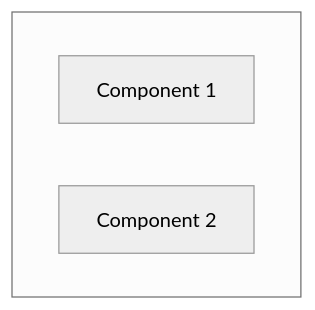
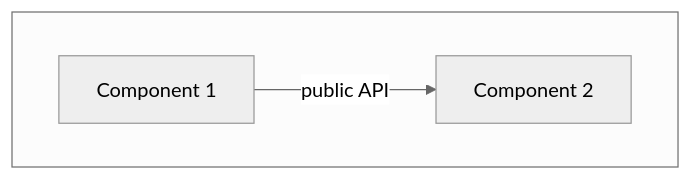
One commit to Snorre98/architectural-framework changed the third of 7 diagrams in templates/architecture.md. Above: the diagram before and after it, drawn with Mermaid (neutral theme). The commit also changed other lines of this file and 11 other files, not shown here.

Commit message:
adds deep-isolated modul architecture with private services as the core vision for defining architecture. This is in my opinion a good goal to keep in mind as it can result in a stabile architecture

````diff
--- a/templates/architecture.md
+++ b/templates/architecture.md
@@ -67,7 +71,8 @@
 ```mermaid
 flowchart TB
     subgraph System[<System>]
         C1[Component 1]
         C2[Component 2]
     end
+    C1 -->|public API| C2
 ```
````
